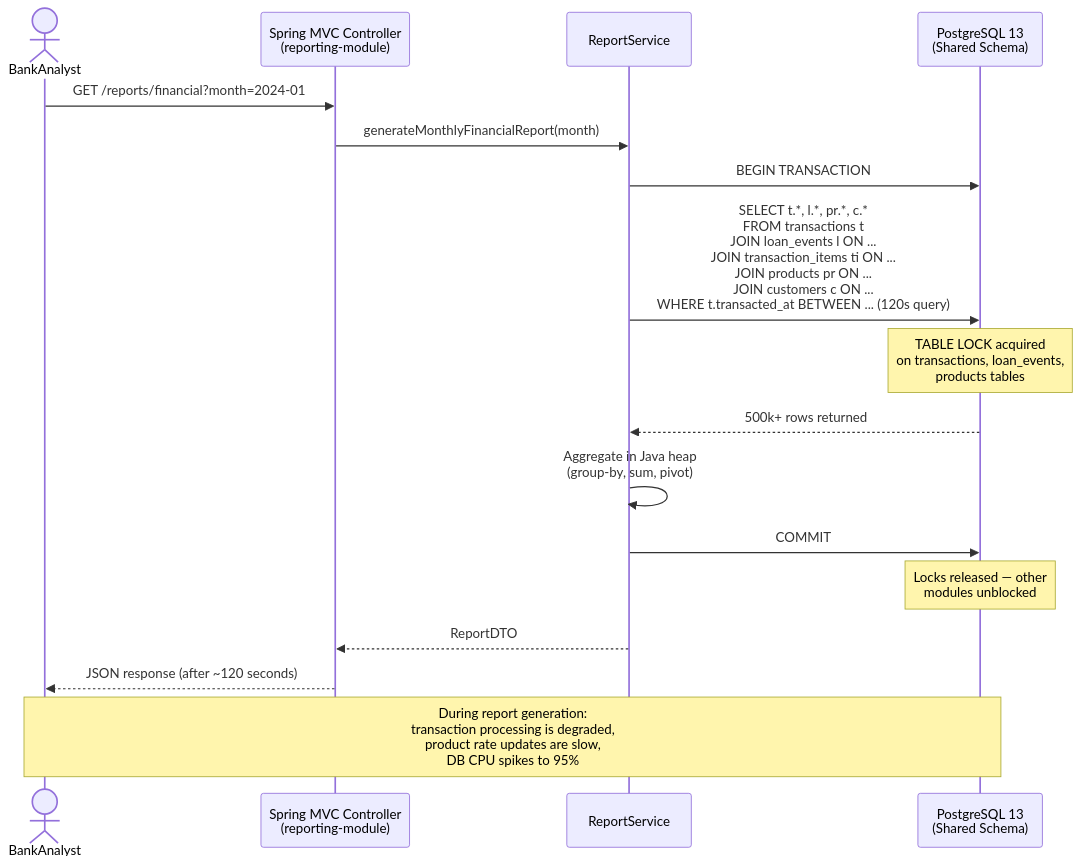
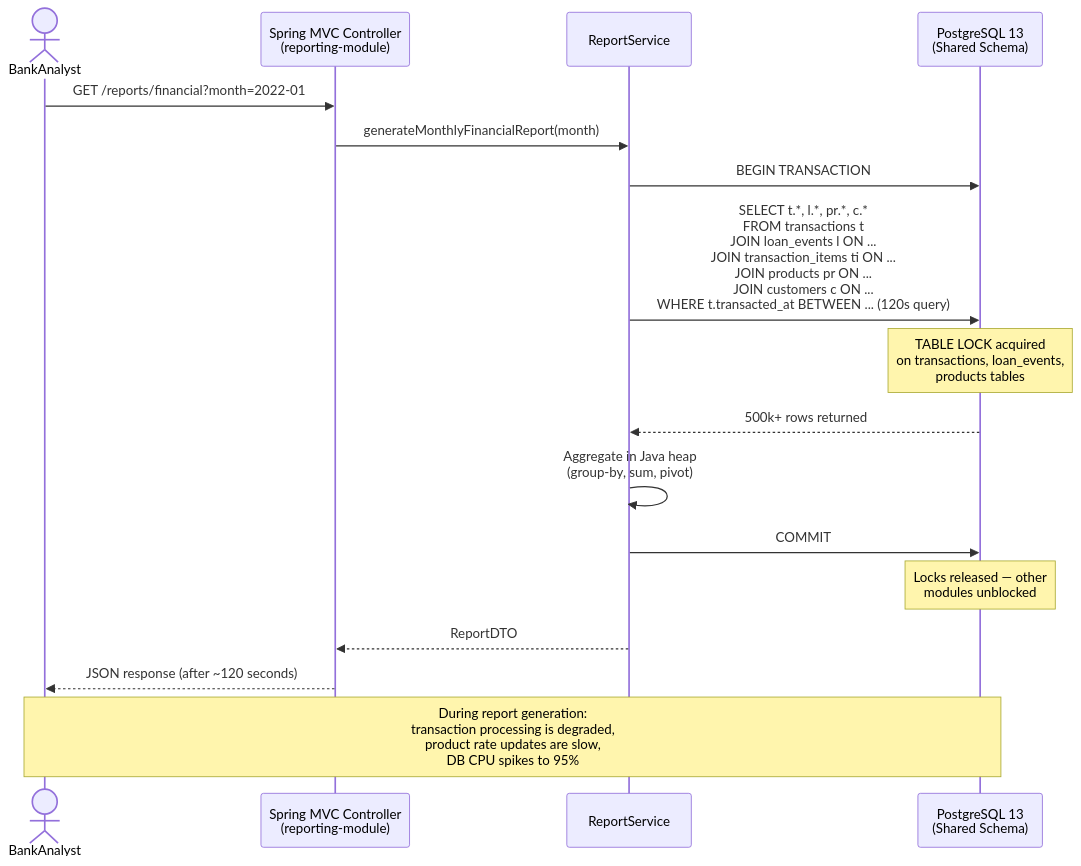
The third of 12 diagrams in architecture and decoupling.md (makeitfine-org/reporting), drawn with Mermaid before and after one commit. The commit also changed other lines of this file and 3 other files, not shown here.

````diff
--- a/architecture and decoupling.md
+++ b/architecture and decoupling.md
@@ -114,26 +114,26 @@
 ```mermaid
 sequenceDiagram
     actor BankAnalyst
     participant API as Spring MVC Controller<br/>(reporting-module)
     participant Service as ReportService
     participant DB as PostgreSQL 13<br/>(Shared Schema)
 
-    BankAnalyst->>API: GET /reports/financial?month=2024-01
+    BankAnalyst->>API: GET /reports/financial?month=2022-01
     API->>Service: generateMonthlyFinancialReport(month)
 
     Service->>DB: BEGIN TRANSACTION
     Service->>DB: SELECT t.*, l.*, pr.*, c.*<br/>FROM transactions t<br/>JOIN loan_events l ON ...<br/>JOIN transaction_items ti ON ...<br/>JOIN products pr ON ...<br/>JOIN customers c ON ...<br/>WHERE t.transacted_at BETWEEN ... (120s query)
 
     Note over DB: TABLE LOCK acquired<br/>on transactions, loan_events,<br/>products tables
 
     DB-->>Service: 500k+ rows returned
     Service->>Service: Aggregate in Java heap<br/>(group-by, sum, pivot)
     Service->>DB: COMMIT
 
     Note over DB: Locks released — other<br/>modules unblocked
 
     Service-->>API: ReportDTO
     API-->>BankAnalyst: JSON response (after ~120 seconds)
 
     Note over BankAnalyst,DB: During report generation:<br/>transaction processing is degraded,<br/>product rate updates are slow,<br/>DB CPU spikes to 95%
 ```
````
